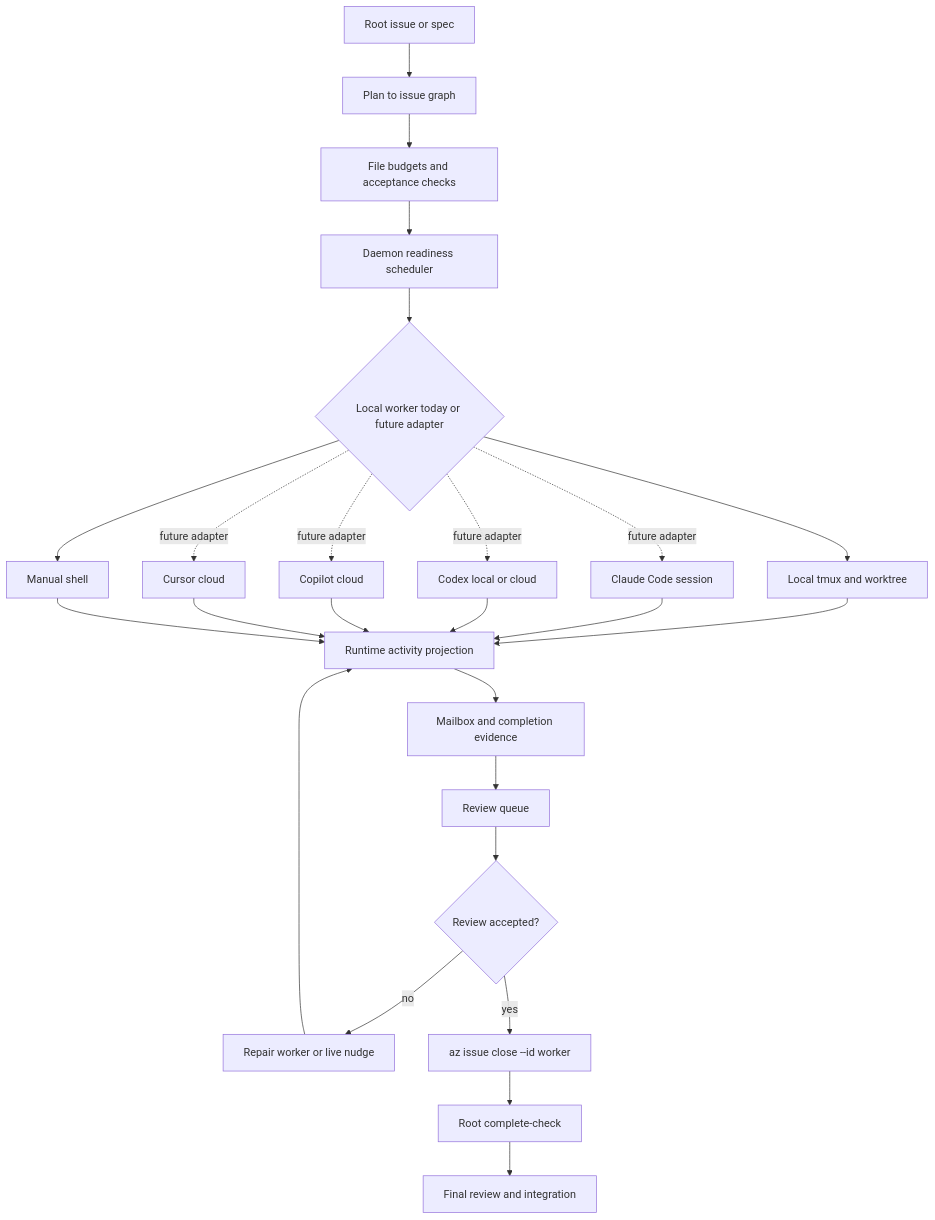
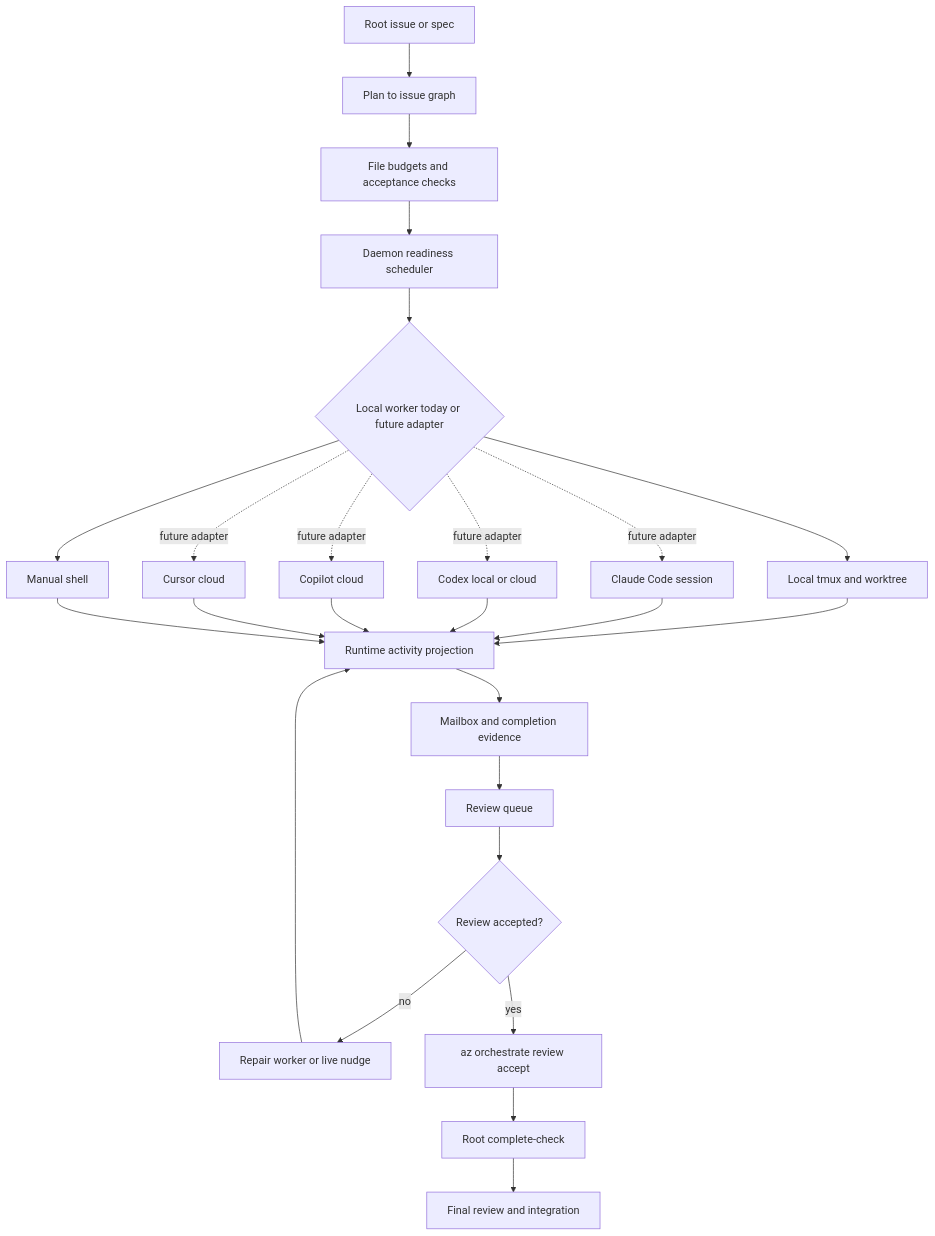
Before and after one commit to riordanpawley/azedarach: the third of 3 diagrams in docs/15-orchestration-flow-comparison.md, drawn with Mermaid. The commit also changed other lines of this file and 17 other files, not shown here.

Commit message:
fix(dhr): close accepted review tickets

````diff
--- a/docs/15-orchestration-flow-comparison.md
+++ b/docs/15-orchestration-flow-comparison.md
@@ -139,29 +139,29 @@
 ```mermaid
 flowchart TD
     A[Root issue or spec] --> B[Plan to issue graph]
     B --> C[File budgets and acceptance checks]
     C --> D[Daemon readiness scheduler]
     D --> E{Local worker today or future adapter}
     E --> Local[Local tmux and worktree]
     E --> Manual[Manual shell]
     E -. future adapter .-> Claude[Claude Code session]
     E -. future adapter .-> Codex[Codex local or cloud]
     E -. future adapter .-> Copilot[Copilot cloud]
     E -. future adapter .-> Cursor[Cursor cloud]
 
     Local --> F[Runtime activity projection]
     Claude --> F
     Codex --> F
     Copilot --> F
     Cursor --> F
     Manual --> F
 
     F --> G[Mailbox and completion evidence]
     G --> H[Review queue]
     H --> I{Review accepted?}
     I -- no --> J[Repair worker or live nudge]
     J --> F
-    I -- yes --> K[az issue close --id worker]
+    I -- yes --> K[az orchestrate review accept]
     K --> L[Root complete-check]
     L --> M[Final review and integration]
 ```
````
